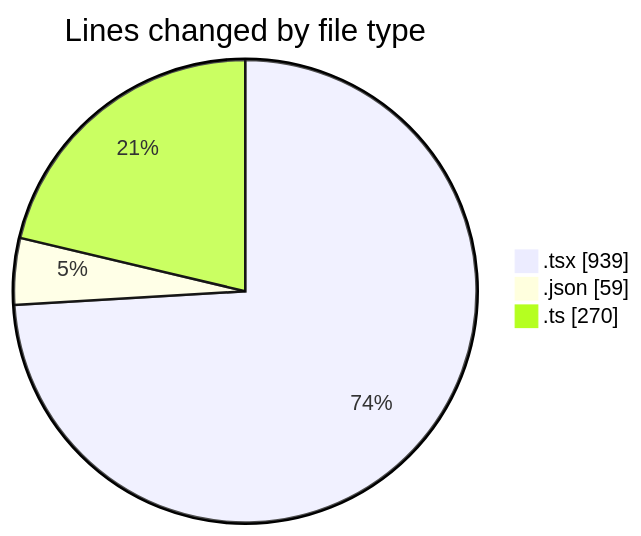
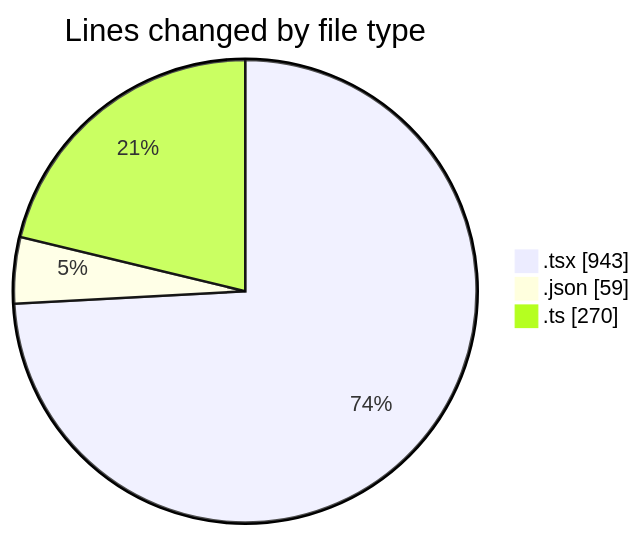
Before and after one commit to momahboobian/code-tracking: the first of 2 diagrams in 2025-11-24/cda/README.md, drawn with Mermaid. The commit also changed other lines of this file and 1 other file, not shown here.

````diff
--- a/2025-11-24/cda/README.md
+++ b/2025-11-24/cda/README.md
@@ -27,7 +27,7 @@
 ```mermaid
 pie showData
 title Lines changed by file type
-".tsx" : 939
+".tsx" : 943
 ".json" : 59
 ".ts" : 270
 ```
````
